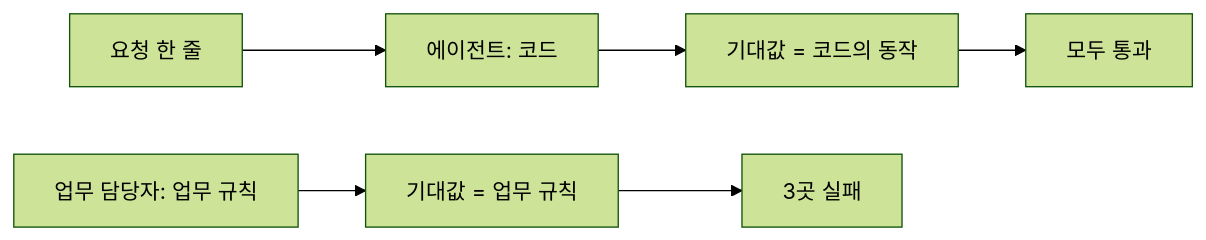
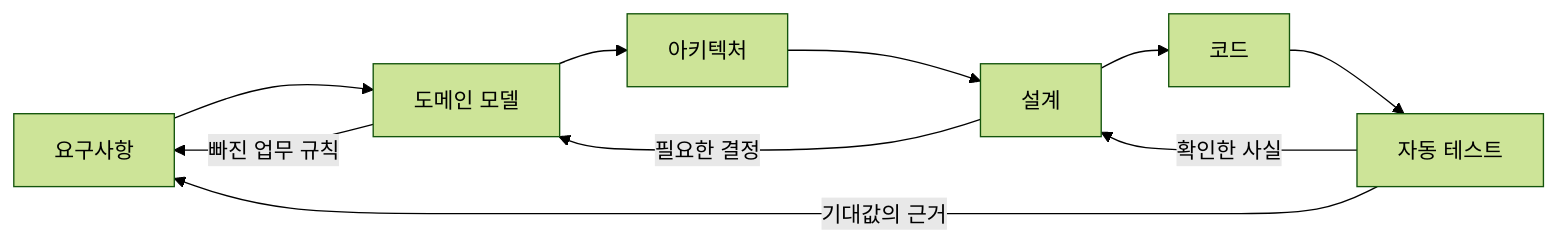
One commit to YoungSan77/TrainingMaterials changed the first of 2 diagrams in courses/ai-native/sessions/s01.md. Above: the diagram before and after it, drawn with Mermaid (forest theme). The commit also changed other lines of this file and 78 other files, not shown here.

````diff
--- a/courses/ai-native/sessions/s01.md
+++ b/courses/ai-native/sessions/s01.md
@@ -187,5 +161,12 @@
 ```mermaid
 flowchart LR
-    A["요청 한 줄"] --> B["에이전트: 코드"] --> C["기대값 = 코드의 동작"] --> D["모두 통과"]
-    E["업무 담당자: 업무 규칙"] --> F["기대값 = 업무 규칙"] --> G["3곳 실패"]
+    R["요구사항"] --> D["도메인 모델"]
+    D --> A["아키텍처"]
+    A --> S["설계"]
+    S --> C["코드"]
+    C --> T["자동 테스트"]
+    T -->|확인한 사실| S
+    S -->|필요한 결정| D
+    D -->|빠진 업무 규칙| R
+    T -->|기대값의 근거| R
 ```
````
